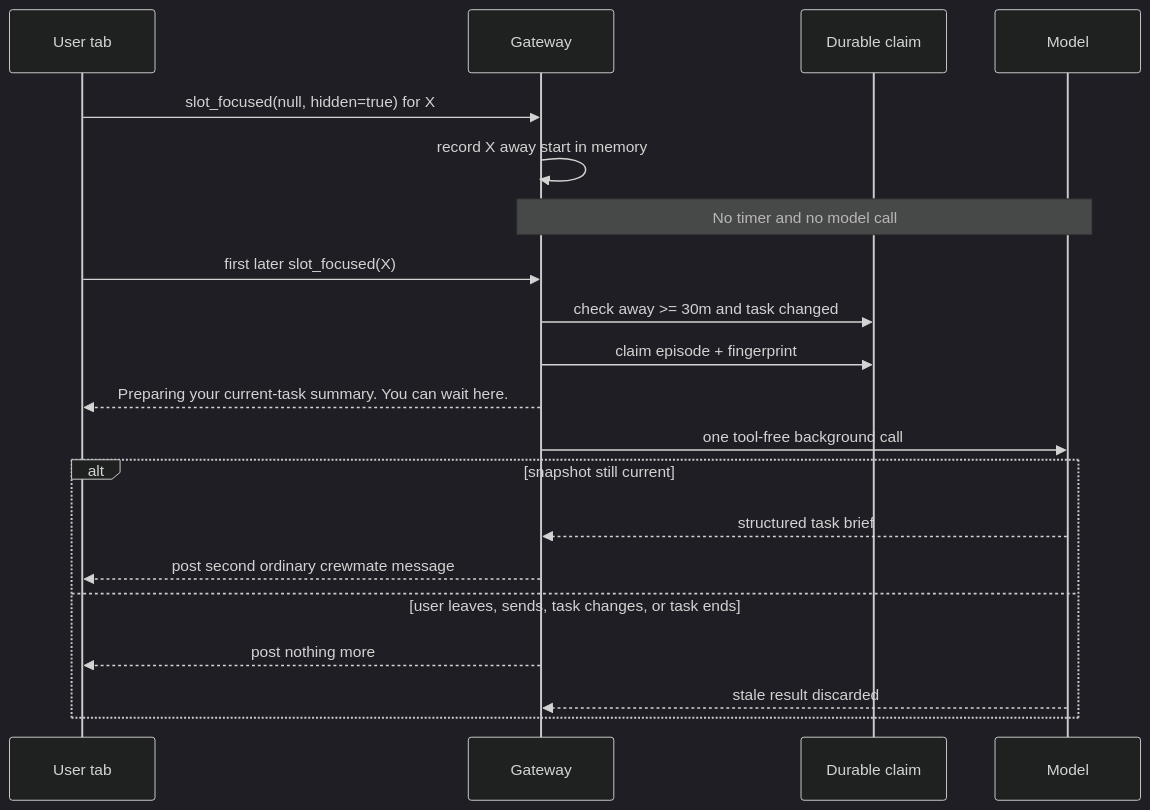
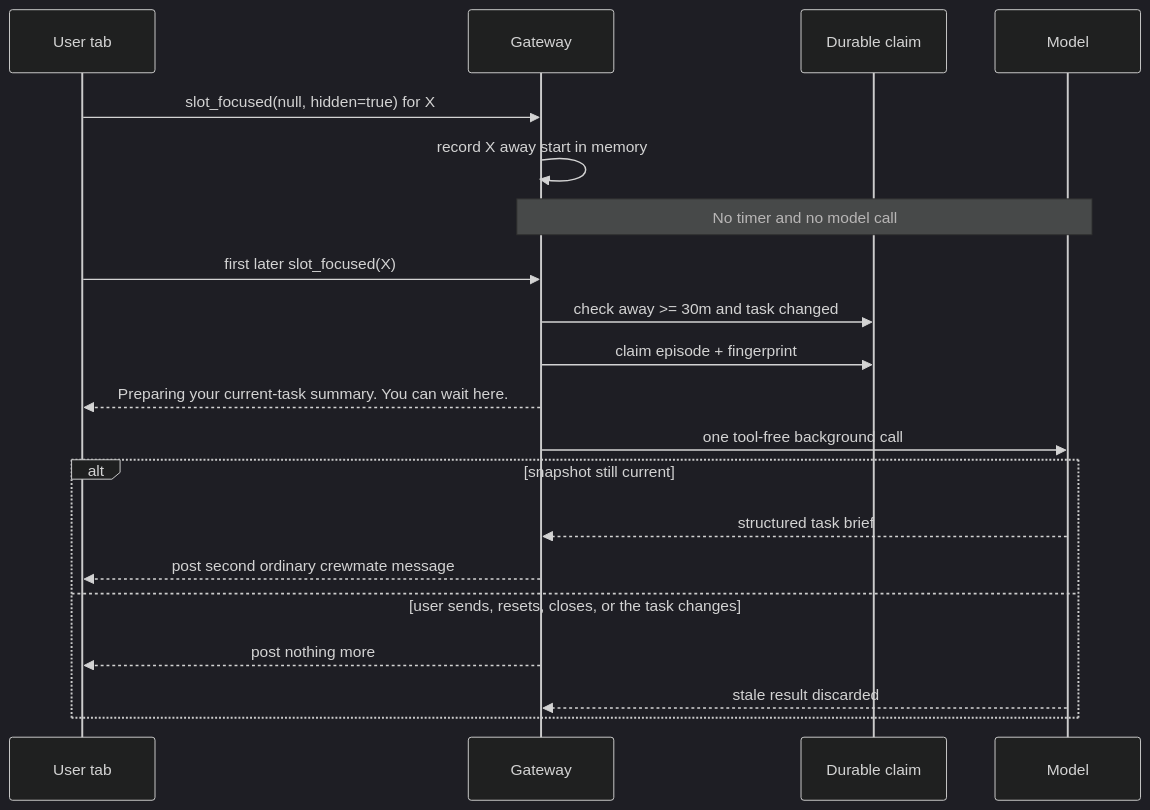
The diagram in docs/request-for-change/rfc-delayed-task-brief.md (Behordeun/KiroCrew), drawn with Mermaid (dark theme) before and after one commit. The commit also changed other lines of this file and 5 other files, not shown here.

Commit message:
fix(dashboard): keep the warm brief card when the user leaves after the opener (#24512)

````diff
--- a/docs/request-for-change/rfc-delayed-task-brief.md
+++ b/docs/request-for-change/rfc-delayed-task-brief.md
@@ -165,23 +167,23 @@
 ```mermaid
 sequenceDiagram
     participant U as User tab
     participant G as Gateway
     participant D as Durable claim
     participant M as Model
 
     U->>G: slot_focused(null, hidden=true) for X
     G->>G: record X away start in memory
     Note over G,M: No timer and no model call
     U->>G: first later slot_focused(X)
     G->>D: check away >= 30m and task changed
     G->>D: claim episode + fingerprint
     G-->>U: Preparing your current-task summary. You can wait here.
     G->>M: one tool-free background call
     alt snapshot still current
         M-->>G: structured task brief
         G-->>U: post second ordinary crewmate message
-    else user leaves, sends, task changes, or task ends
+    else user sends, resets, closes, or the task changes
         G-->>U: post nothing more
         M-->>G: stale result discarded
     end
 ```
````
